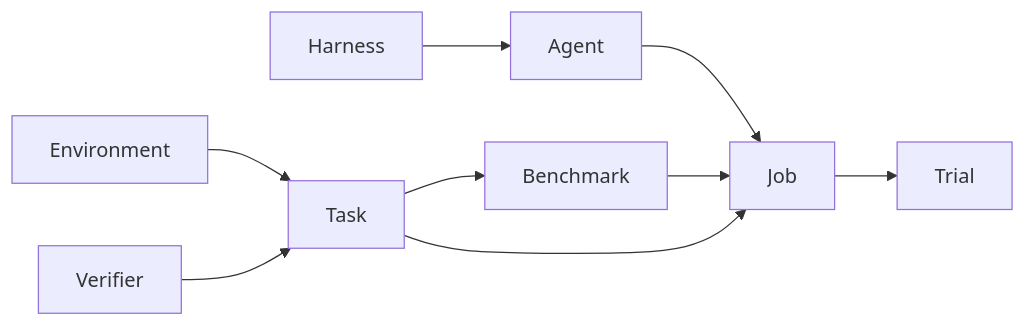
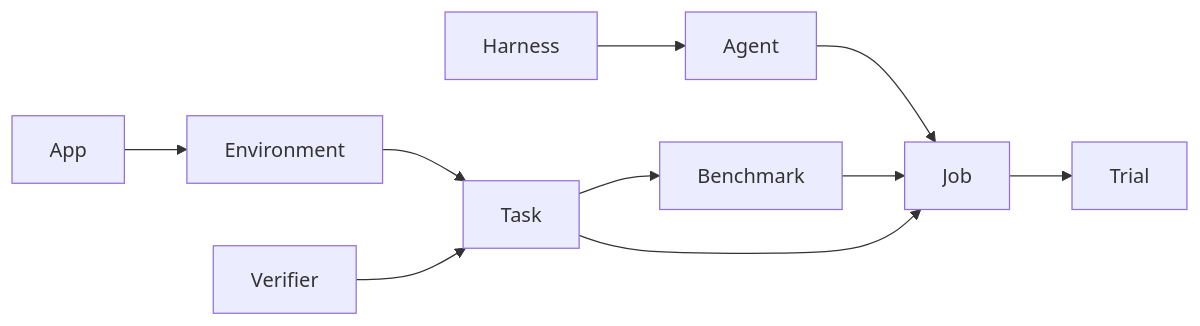
One commit to lastlabs-ai/plural changed the diagram in docs/getting-started/concepts.md. Above: the diagram before and after it, drawn with Mermaid. The commit also changed other lines of this file and 35 other files, not shown here.

````diff
--- a/docs/getting-started/concepts.md
+++ b/docs/getting-started/concepts.md
@@ -38,19 +39,21 @@
 ```mermaid
 flowchart LR
+  app[App]
   env[Environment]
   ver[Verifier]
   task[Task]
   agent[Agent]
   harness[Harness]
   bench[Benchmark]
   job[Job]
   trial[Trial]
+  app --> env
   env --> task
   ver --> task
   task --> bench
   harness --> agent
   agent --> job
   bench --> job
   task --> job
   job --> trial
 ```
````
